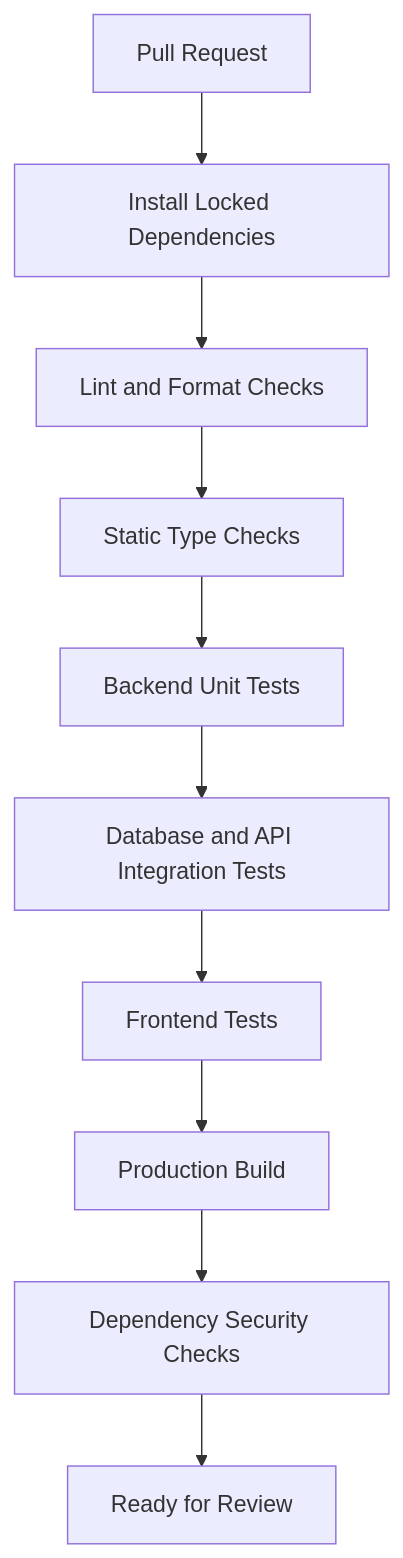
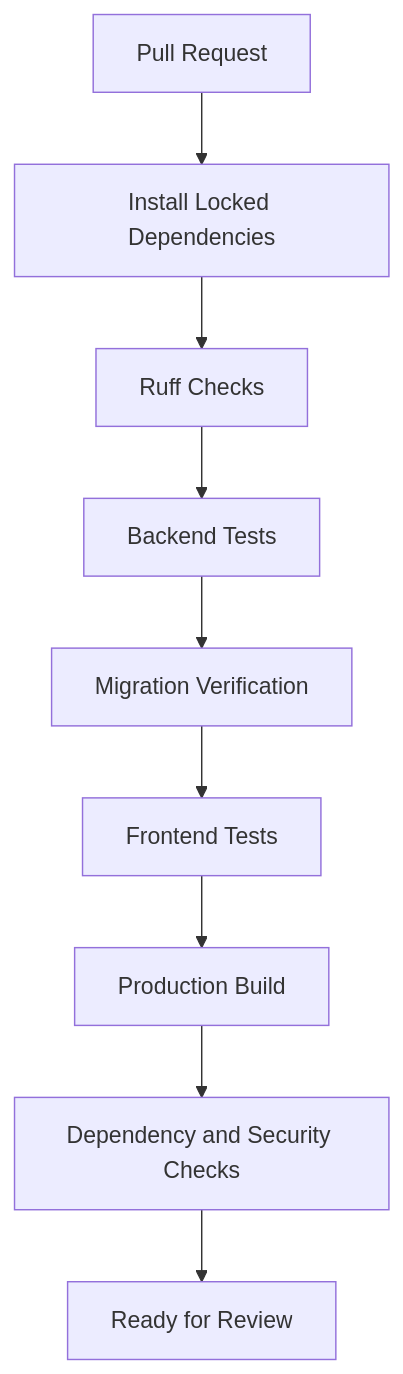
One commit to suarestalles/caterflow changed the second of 2 diagrams in docs/development/TESTING.md. Above: the diagram before and after it, drawn with Mermaid. The commit also changed other lines of this file and 8 other files, not shown here.

````diff
--- a/docs/development/TESTING.md
+++ b/docs/development/TESTING.md
@@ -718,12 +283,11 @@
 ```mermaid
 flowchart TD
-    A["Pull Request"] --> B["Install Locked Dependencies"]
-    B --> C["Lint and Format Checks"]
-    C --> D["Static Type Checks"]
-    D --> E["Backend Unit Tests"]
-    E --> F["Database and API Integration Tests"]
-    F --> G["Frontend Tests"]
-    G --> H["Production Build"]
-    H --> I["Dependency Security Checks"]
-    I --> J["Ready for Review"]
+    A[Pull Request] --> B[Install Locked Dependencies]
+    B --> C[Ruff Checks]
+    C --> D[Backend Tests]
+    D --> E[Migration Verification]
+    E --> F[Frontend Tests]
+    F --> G[Production Build]
+    G --> H[Dependency and Security Checks]
+    H --> I[Ready for Review]
 ```
````
